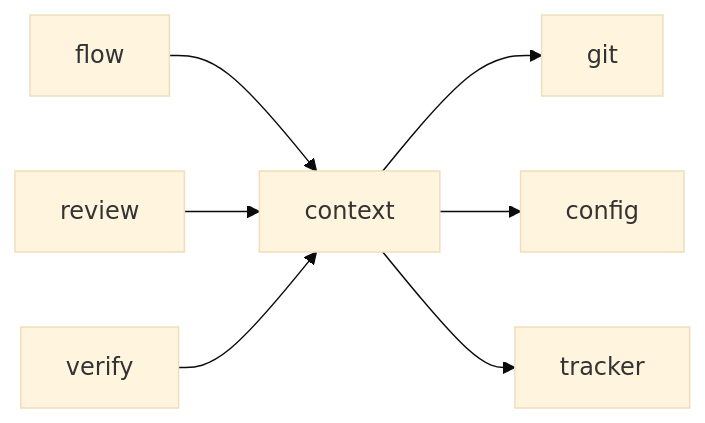
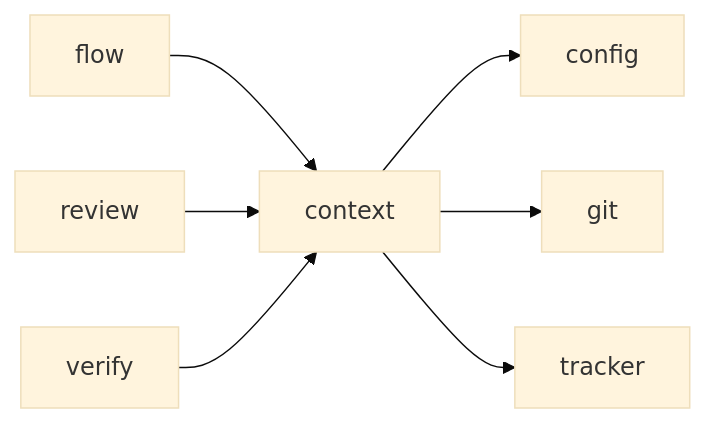
Before and after one commit to plaplanche/ariane: the diagram in docs/architecture/modules/context.md, drawn with Mermaid (base theme). The commit also changed other lines of this file and 33 other files, not shown here.

Commit message:
#120: Generate the module dependency graphs of the architecture docs from the code (C25)

````diff
--- a/docs/architecture/modules/context.md
+++ b/docs/architecture/modules/context.md
@@ -16,9 +17,9 @@
 ```mermaid
 flowchart LR
+  context --> config
   context --> git
-  context --> config
   context --> tracker
   flow --> context
   review --> context
   verify --> context
 ```
````
